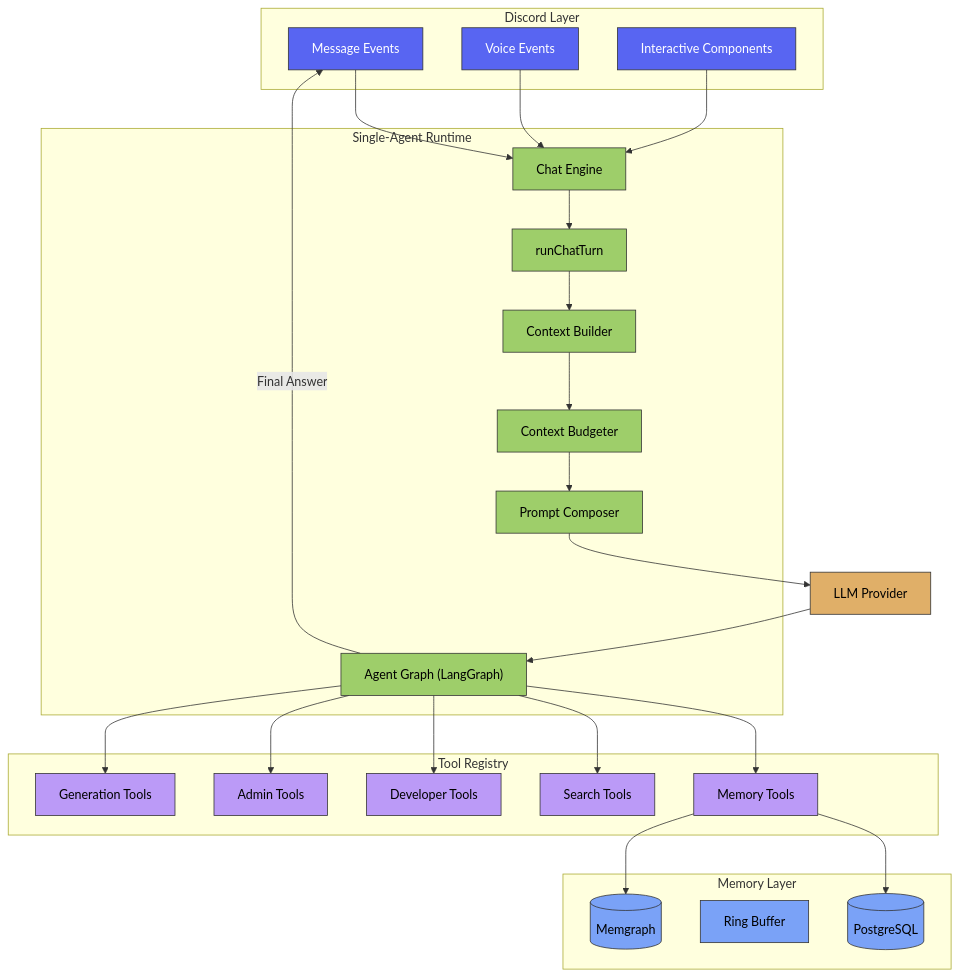
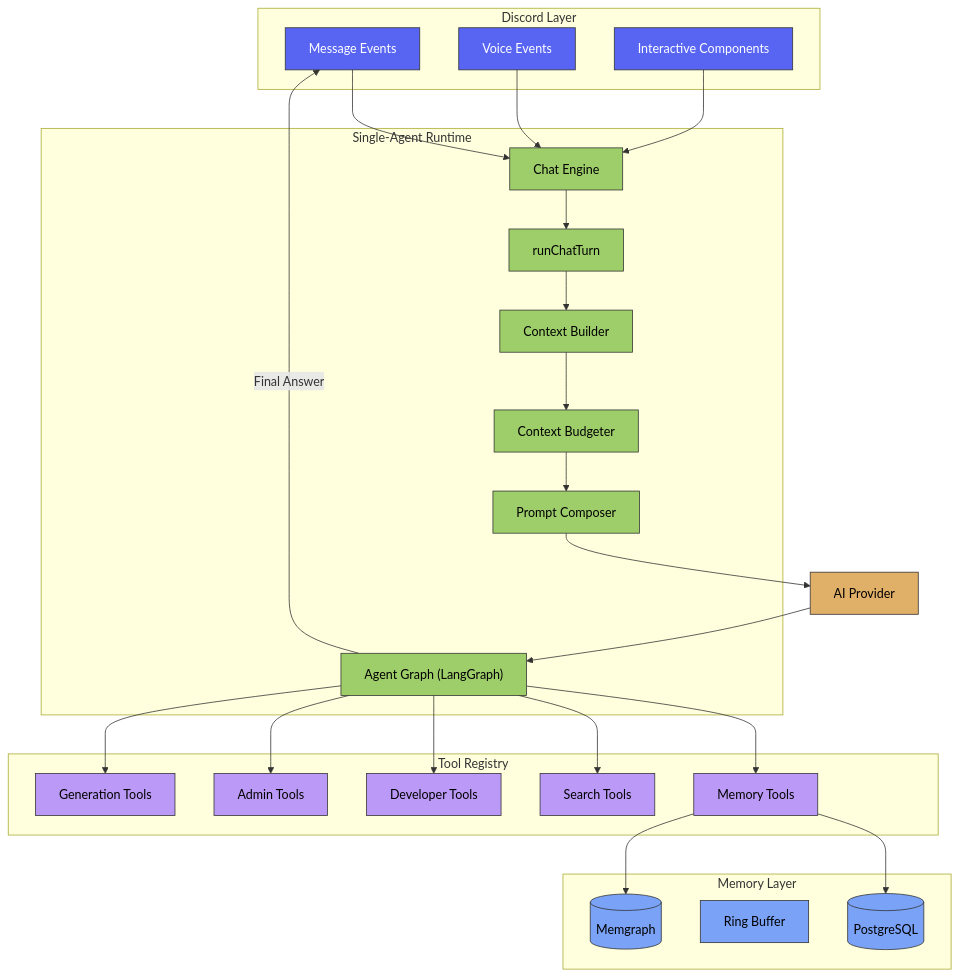
One commit to BokX1/Sage changed the first of 2 diagrams in docs/architecture/OVERVIEW.md. Above: the diagram before and after it, drawn with Mermaid. The commit also changed other lines of this file and 90 other files, not shown here.

````diff
--- a/docs/architecture/OVERVIEW.md
+++ b/docs/architecture/OVERVIEW.md
@@ -42,47 +42,47 @@
 ```mermaid
 flowchart TD
     classDef discord fill:#5865f2,stroke:#333,color:white
     classDef runtime fill:#9ECE6A,stroke:#333,color:black
     classDef memory fill:#7AA2F7,stroke:#333,color:black
     classDef tools fill:#BB9AF7,stroke:#333,color:black
     classDef llm fill:#E0AF68,stroke:#333,color:black
 
     subgraph Discord["Discord Layer"]
         ME[Message Events]:::discord
         VE[Voice Events]:::discord
         IC[Interactive Components]:::discord
     end
 
     subgraph Runtime["Single-Agent Runtime"]
         CE[Chat Engine]:::runtime
         RT[runChatTurn]:::runtime
         CB[Context Builder]:::runtime
         BG[Context Budgeter]:::runtime
         PC[Prompt Composer]:::runtime
         AG["Agent Graph (LangGraph)"]:::runtime
     end
 
     subgraph Memory["Memory Layer"]
         PG[(PostgreSQL)]:::memory
         RB[Ring Buffer]:::memory
         MG[(Memgraph)]:::memory
     end
 
     subgraph Tools["Tool Registry"]
         MT[Memory Tools]:::tools
         ST[Search Tools]:::tools
         DT[Developer Tools]:::tools
         AT[Admin Tools]:::tools
         GT[Generation Tools]:::tools
     end
 
     ME --> CE --> RT
     VE --> CE
     IC --> CE
     RT --> CB --> BG
-    BG --> PC --> LLM[LLM Provider]:::llm
+    BG --> PC --> LLM[AI Provider]:::llm
     LLM --> AG
     AG --> MT & ST & DT & AT & GT
     MT --> PG & MG
     AG -->|"Final Answer"| ME
 ```
````
